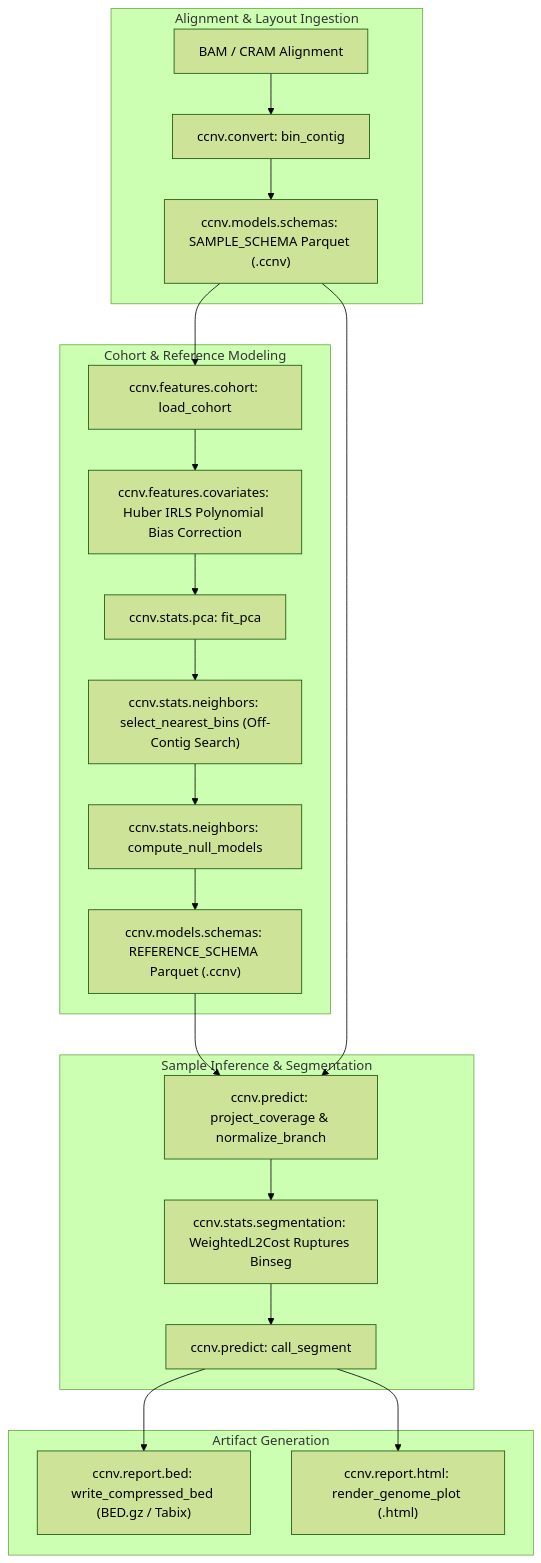
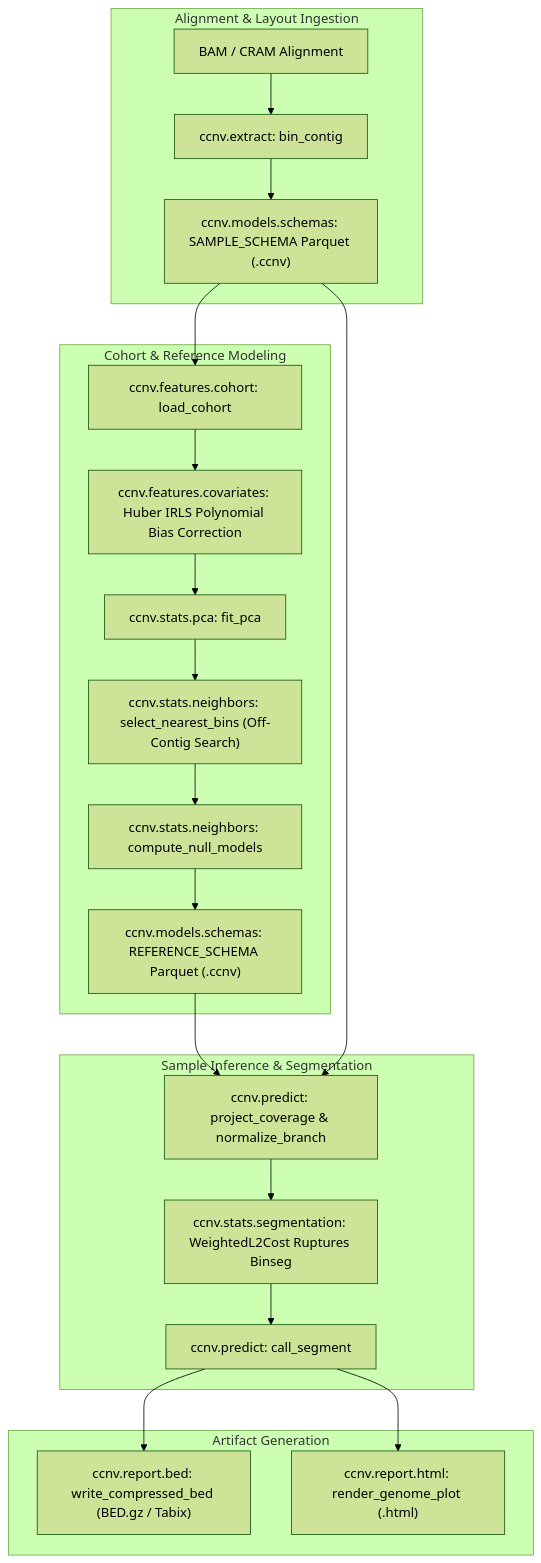
The diagram in src/ccnv/README.md (matthdsm/ccnv), drawn with Mermaid (forest theme) before and after one commit. The commit also changed other lines of this file and 27 other files, not shown here.

````diff
--- a/src/ccnv/README.md
+++ b/src/ccnv/README.md
@@ -7,25 +7,25 @@
 ```mermaid
 flowchart TD
     subgraph Ingestion["Alignment & Layout Ingestion"]
-        A["BAM / CRAM Alignment"] --> B["ccnv.convert: bin_contig"]
+        A["BAM / CRAM Alignment"] --> B["ccnv.extract: bin_contig"]
         B --> C["ccnv.models.schemas: SAMPLE_SCHEMA Parquet (.ccnv)"]
     end
     subgraph ReferenceModeling["Cohort & Reference Modeling"]
         C --> D["ccnv.features.cohort: load_cohort"]
         D --> E["ccnv.features.covariates: Huber IRLS Polynomial Bias Correction"]
         E --> F["ccnv.stats.pca: fit_pca"]
         F --> G["ccnv.stats.neighbors: select_nearest_bins (Off-Contig Search)"]
         G --> H["ccnv.stats.neighbors: compute_null_models"]
         H --> I["ccnv.models.schemas: REFERENCE_SCHEMA Parquet (.ccnv)"]
     end
     subgraph Inference["Sample Inference & Segmentation"]
         I --> J["ccnv.predict: project_coverage & normalize_branch"]
         C --> J
         J --> K["ccnv.stats.segmentation: WeightedL2Cost Ruptures Binseg"]
         K --> L["ccnv.predict: call_segment"]
     end
     subgraph Reporting["Artifact Generation"]
         L --> M["ccnv.report.bed: write_compressed_bed (BED.gz / Tabix)"]
         L --> N["ccnv.report.html: render_genome_plot (.html)"]
     end
 ```
````
